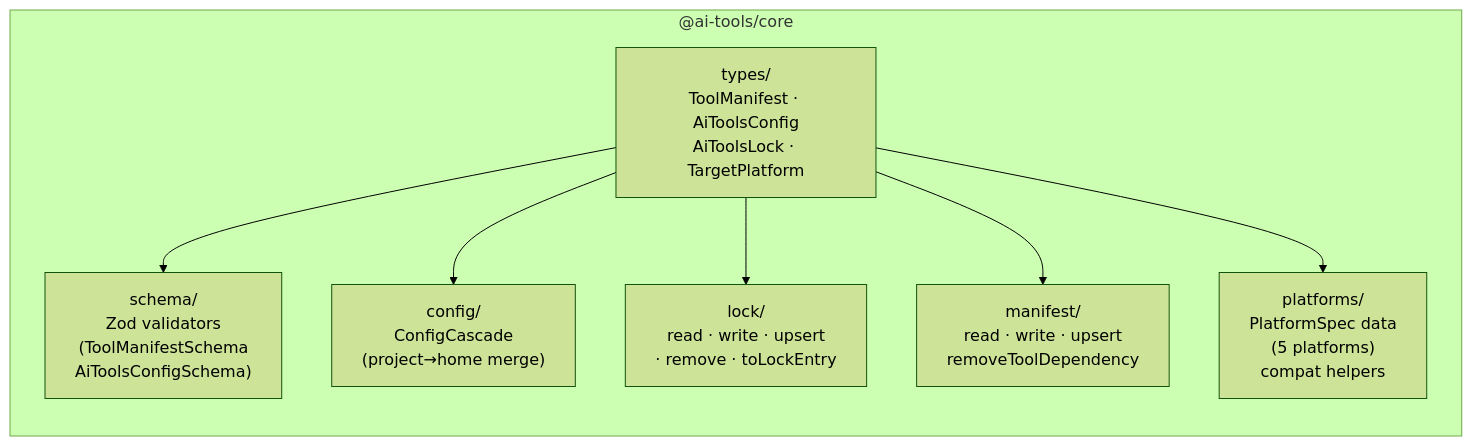
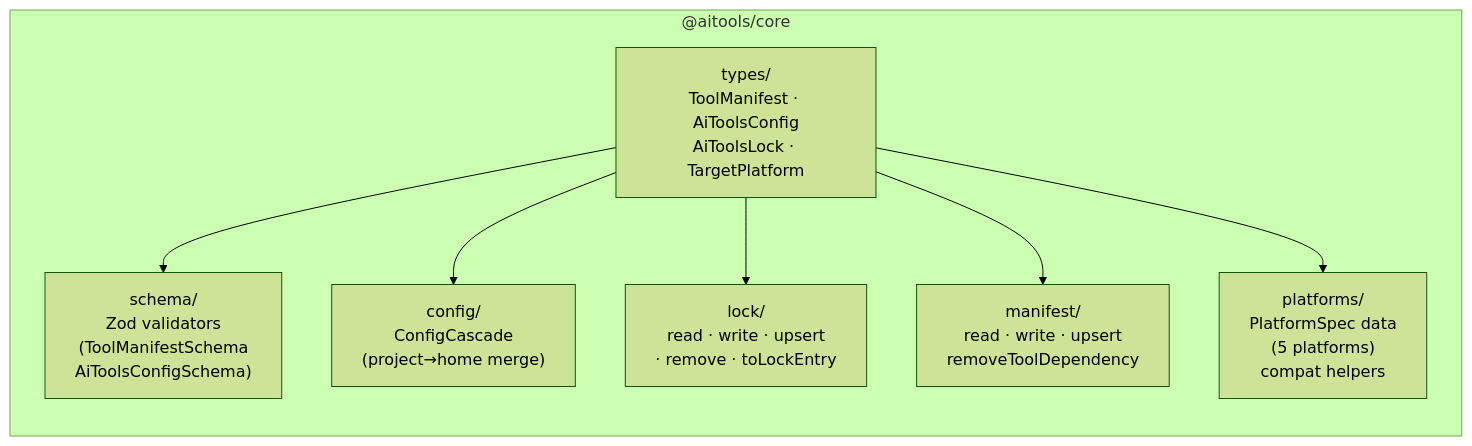
Before and after one commit to bitgenetics/aitools: the third of 7 diagrams in docs/design/architecture.md, drawn with Mermaid (forest theme). The commit also changed other lines of this file and 132 other files, not shown here.

````diff
--- a/docs/design/architecture.md
+++ b/docs/design/architecture.md
@@ -82,17 +82,17 @@
 ```mermaid
 graph LR
-    subgraph core["@ai-tools/core"]
+    subgraph core["@aitools/core"]
         types["types/<br/>ToolManifest · AiToolsConfig<br/>AiToolsLock · TargetPlatform"]
         schema["schema/<br/>Zod validators<br/>(ToolManifestSchema<br/>AiToolsConfigSchema)"]
         config["config/<br/>ConfigCascade<br/>(project→home merge)"]
         lock["lock/<br/>read · write · upsert<br/>· remove · toLockEntry"]
         manifest_mod["manifest/<br/>read · write · upsert<br/>removeToolDependency"]
         platforms["platforms/<br/>PlatformSpec data<br/>(5 platforms)<br/>compat helpers"]
     end
 
     types --> schema
     types --> config
     types --> lock
     types --> manifest_mod
     types --> platforms
 ```
````
